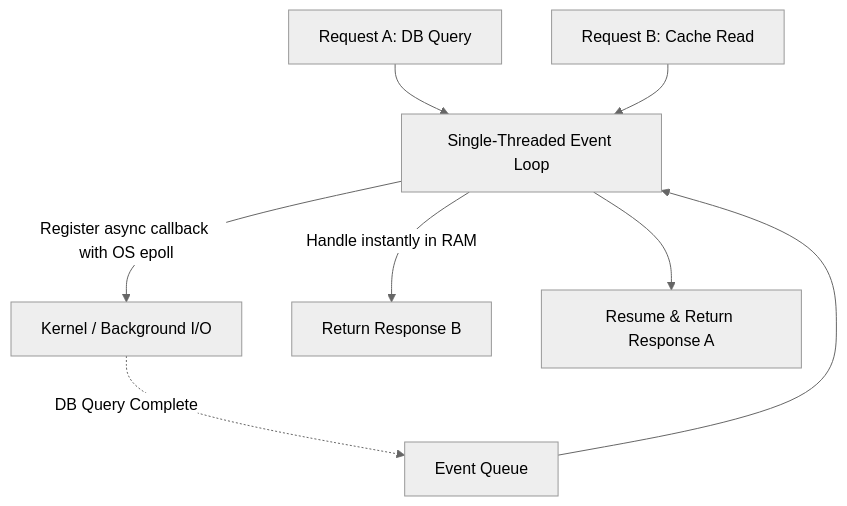
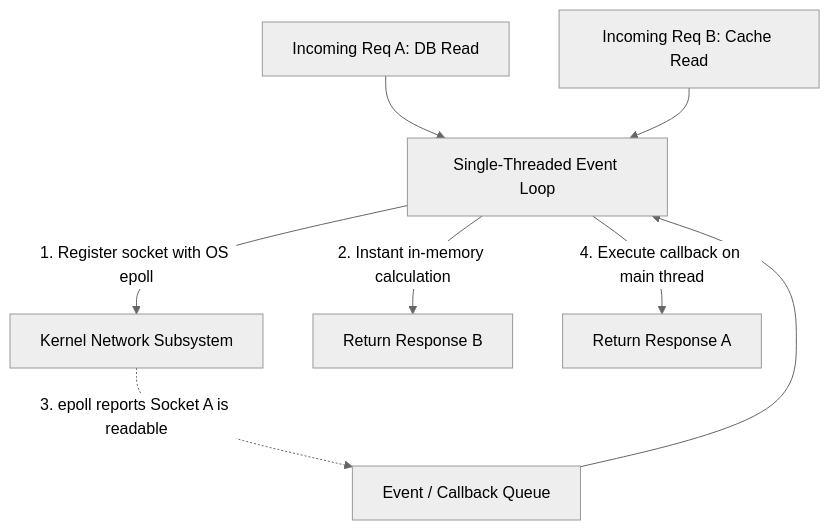
One commit to rohithgowda18/Notes changed the second of 3 diagrams in 07-Backend-Engineering/Concurrency & Parallelism.md. Above: the diagram before and after it, drawn with Mermaid (neutral theme). The commit also changed other lines of this file, not shown here.

````diff
--- a/07-Backend-Engineering/Concurrency & Parallelism.md
+++ b/07-Backend-Engineering/Concurrency & Parallelism.md
@@ -86,10 +194,10 @@
 ```mermaid
 flowchart TD
-    Req1[Request A: DB Query] --> Loop[Single-Threaded Event Loop]
-    Loop -->|Register async callback with OS epoll| OS[Kernel / Background I/O]
-    Req2[Request B: Cache Read] --> Loop
-    Loop -->|Handle instantly in RAM| RespB[Return Response B]
-    OS -.->|DB Query Complete| Queue[Event Queue]
+    Req1[Incoming Req A: DB Read] --> Loop[Single-Threaded Event Loop]
+    Loop -->|1. Register socket with OS epoll| OS[Kernel Network Subsystem]
+    Req2[Incoming Req B: Cache Read] --> Loop
+    Loop -->|2. Instant in-memory calculation| RespB[Return Response B]
+    OS -.->|3. epoll reports Socket A is readable| Queue[Event / Callback Queue]
     Queue --> Loop
-    Loop --> RespA[Resume & Return Response A]
+    Loop -->|4. Execute callback on main thread| RespA[Return Response A]
 ```
````
